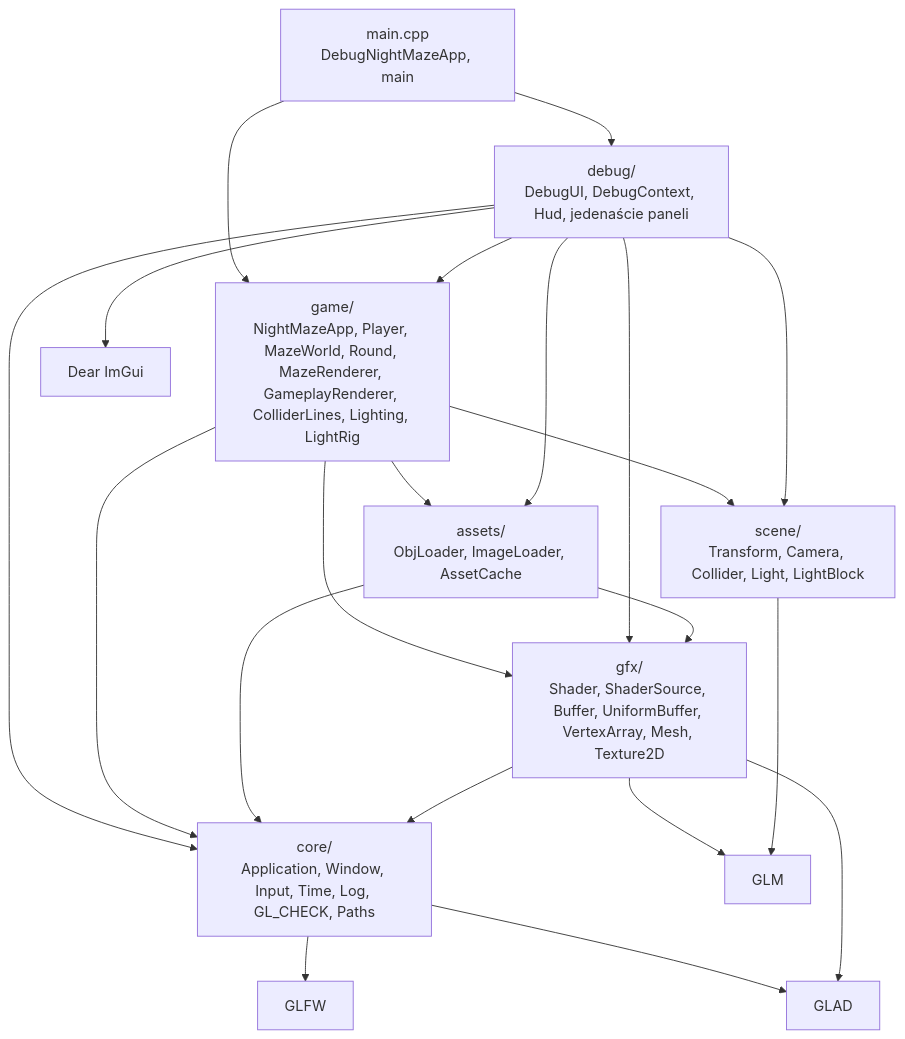
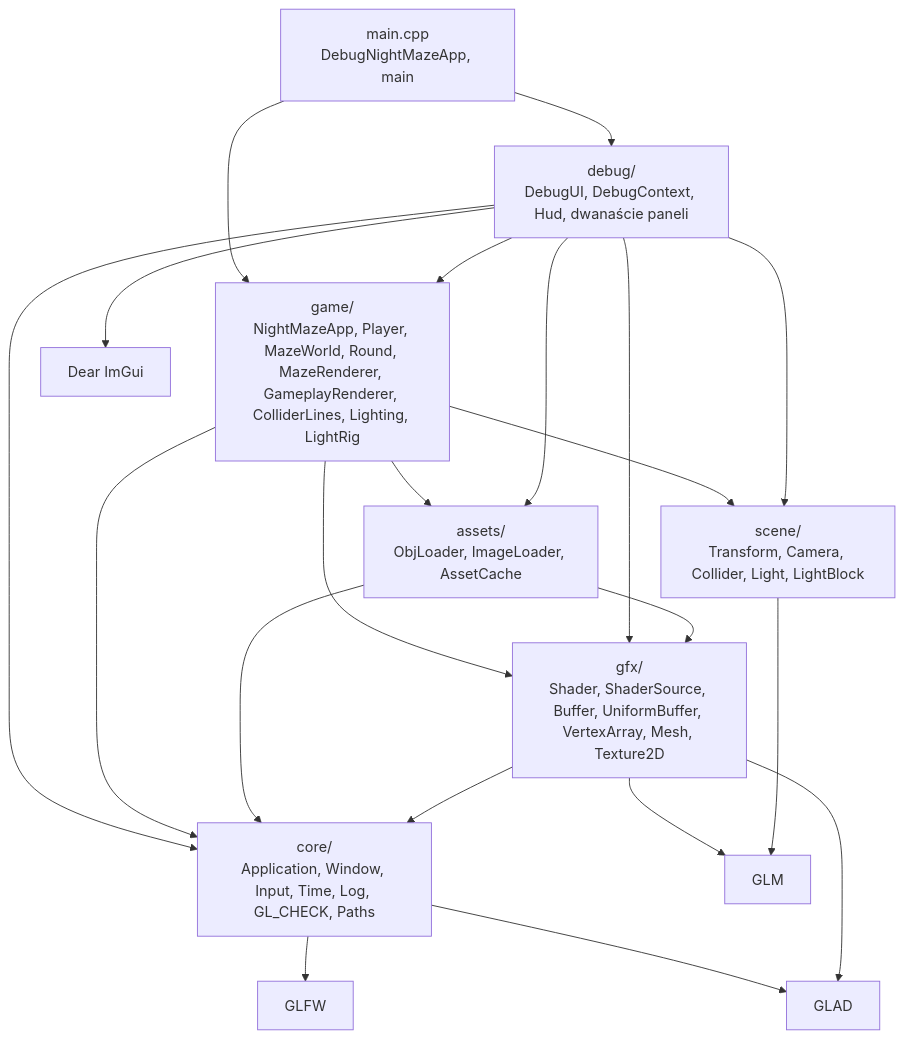
Before and after one commit to Shironex/night-maze: the first of 3 diagrams in docs/modules/core/README.md, drawn with Mermaid. The commit also changed other lines of this file and 90 other files, not shown here.

````diff
--- a/docs/modules/core/README.md
+++ b/docs/modules/core/README.md
@@ -44,23 +44,23 @@
 ```mermaid
 flowchart TD
-    Main["main.cpp<br/>DebugNightMazeApp, main"] --> Debug["debug/<br/>DebugUI, DebugContext, Hud, jedenaście paneli"]
+    Main["main.cpp<br/>DebugNightMazeApp, main"] --> Debug["debug/<br/>DebugUI, DebugContext, Hud, dwanaście paneli"]
     Main --> Game["game/<br/>NightMazeApp, Player, MazeWorld, Round, MazeRenderer, GameplayRenderer, ColliderLines, Lighting, LightRig"]
     Debug --> Core["core/<br/>Application, Window, Input, Time, Log, GL_CHECK, Paths"]
     Debug --> Game
     Game --> Core
     Game --> Assets
     Game --> Gfx
     Game --> Scene
     Debug --> Assets
     Debug --> Gfx
     Debug --> Scene
     Assets["assets/<br/>ObjLoader, ImageLoader, AssetCache"] --> Gfx
     Assets --> Core
     Gfx["gfx/<br/>Shader, ShaderSource, Buffer, UniformBuffer, VertexArray, Mesh, Texture2D"] --> Core
     Gfx --> Glm
     Scene["scene/<br/>Transform, Camera, Collider, Light, LightBlock"] --> Glm["GLM"]
     Debug --> ImGui["Dear ImGui"]
     Core --> Glfw["GLFW"]
     Core --> Glad["GLAD"]
     Gfx --> Glad
 ```
````
